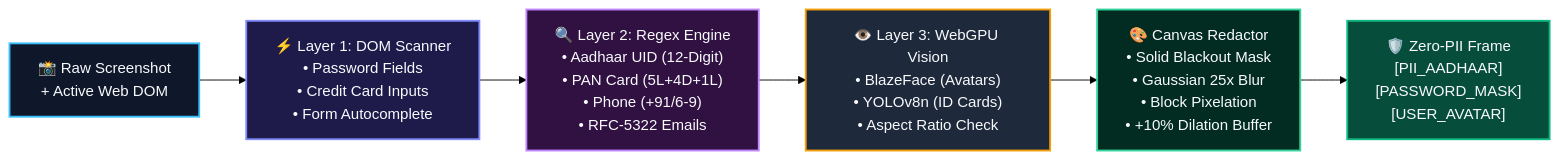
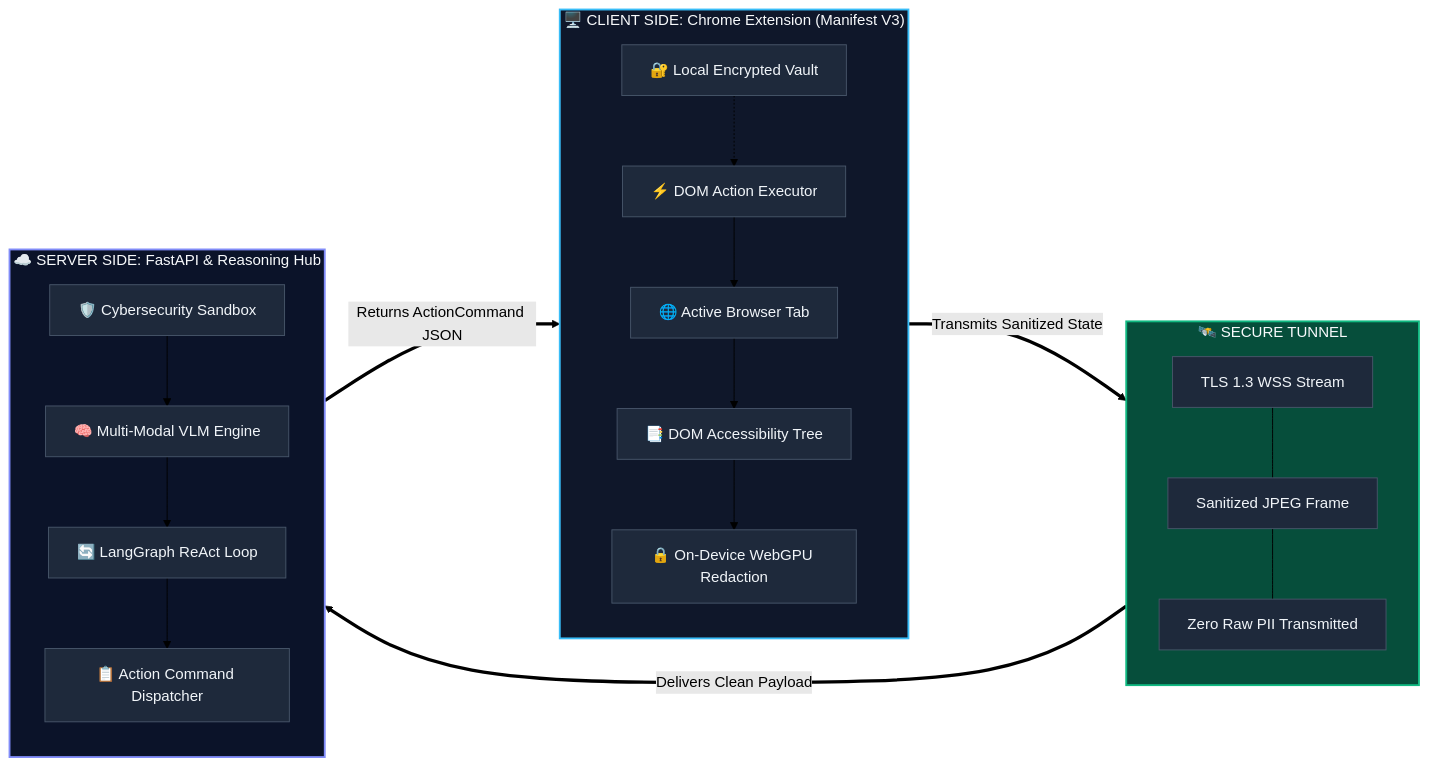
Before and after one commit to divyansh2102t-dev/SIH2026: the second of 3 diagrams in README.md, drawn with Mermaid (forest theme). The commit also changed other lines of this file, not shown here.

Commit message:
Clean non-overlapping linear Mermaid architecture flow in README

````diff
--- a/README.md
+++ b/README.md
@@ -106,31 +67,46 @@
 ```mermaid
-flowchart LR
-    classDef inputStyle fill:#0f172a,stroke:#38bdf8,stroke-width:2px,color:#f8fafc;
-    classDef l1Style fill:#1e1b4b,stroke:#818cf8,stroke-width:2px,color:#f8fafc;
-    classDef l2Style fill:#311042,stroke:#c084fc,stroke-width:2px,color:#f8fafc;
-    classDef l3Style fill:#1e293b,stroke:#f59e0b,stroke-width:2px,color:#f8fafc;
-    classDef l4Style fill:#022c22,stroke:#34d399,stroke-width:2px,color:#f8fafc;
-    classDef outStyle fill:#064e3b,stroke:#10b981,stroke-width:2px,color:#f8fafc;
+graph LR
+    classDef clientCol fill:#0f172a,stroke:#38bdf8,stroke-width:2px,color:#f8fafc;
+    classDef serverCol fill:#0b1329,stroke:#818cf8,stroke-width:2px,color:#f8fafc;
+    classDef bridgeCol fill:#064e3b,stroke:#10b981,stroke-width:2px,color:#f8fafc;
+    classDef itemStyle fill:#1e293b,stroke:#475569,stroke-width:1px,color:#f1f5f9;
 
-    Raw["📸 Raw Screenshot<br/>+ Active Web DOM"]
-    
-    L1["⚡ Layer 1: DOM Scanner<br/>• Password Fields<br/>• Credit Card Inputs<br/>• Form Autocomplete"]
-    L2["🔍 Layer 2: Regex Engine<br/>• Aadhaar UID (12-Digit)<br/>• PAN Card (5L+4D+1L)<br/>• Phone (+91/6-9)<br/>• RFC-5322 Emails"]
-    L3["👁️ Layer 3: WebGPU Vision<br/>• BlazeFace (Avatars)<br/>• YOLOv8n (ID Cards)<br/>• Aspect Ratio Check"]
-    L4["🎨 Canvas Redactor<br/>• Solid Blackout Mask<br/>• Gaussian 25x Blur<br/>• Block Pixelation<br/>• +10% Dilation Buffer"]
+    subgraph ClientBox ["🖥️ CLIENT SIDE: Chrome Extension (Manifest V3)"]
+        direction TB
+        C1["🌐 Active Browser Tab"]
+        C2["📑 DOM Accessibility Tree"]
+        C3["🔒 On-Device WebGPU Redaction"]
+        C4["🔐 Local Encrypted Vault"]
+        C5["⚡ DOM Action Executor"]
+        C1 --> C2 --> C3
+        C4 -.-> C5 --> C1
+    end
 
-    Sanitized["🛡️ Zero-PII Frame<br/>[PII_AADHAAR]<br/>[PASSWORD_MASK]<br/>[USER_AVATAR]"]
+    subgraph BridgeBox ["🛰️ SECURE TUNNEL"]
+        direction TB
+        B1["TLS 1.3 WSS Stream"]
+        B2["Sanitized JPEG Frame"]
+        B3["Zero Raw PII Transmitted"]
+        B1 --- B2 --- B3
+    end
 
-    Raw --> L1
-    L1 --> L2
-    L2 --> L3
-    L3 --> L4
-    L4 --> Sanitized
+    subgraph ServerBox ["☁️ SERVER SIDE: FastAPI & Reasoning Hub"]
+        direction TB
+        S1["🛡️ Cybersecurity Sandbox"]
+        S2["🧠 Multi-Modal VLM Engine"]
+        S3["🔄 LangGraph ReAct Loop"]
+        S4["📋 Action Command Dispatcher"]
+        S1 --> S2 --> S3 --> S4
+    end
 
-    class Raw inputStyle;
-    class L1 l1Style;
-    class L2 l2Style;
-    class L3 l3Style;
-    class L4 l4Style;
-    class Sanitized outStyle;
+    C3 ==>|Transmits Sanitized State| BridgeBox
+    BridgeBox ==>|Delivers Clean Payload| S1
+    S4 ==>|Returns ActionCommand JSON| C5
+
+    class C1,C2,C3,C4,C5 itemStyle;
+    class S1,S2,S3,S4 itemStyle;
+    class B1,B2,B3 itemStyle;
+    class ClientBox clientCol;
+    class ServerBox serverCol;
+    class BridgeBox bridgeCol;
 ```
````
